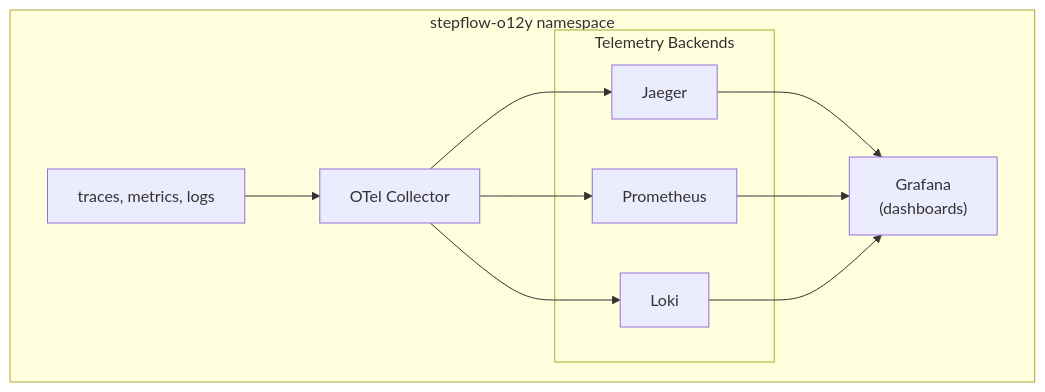
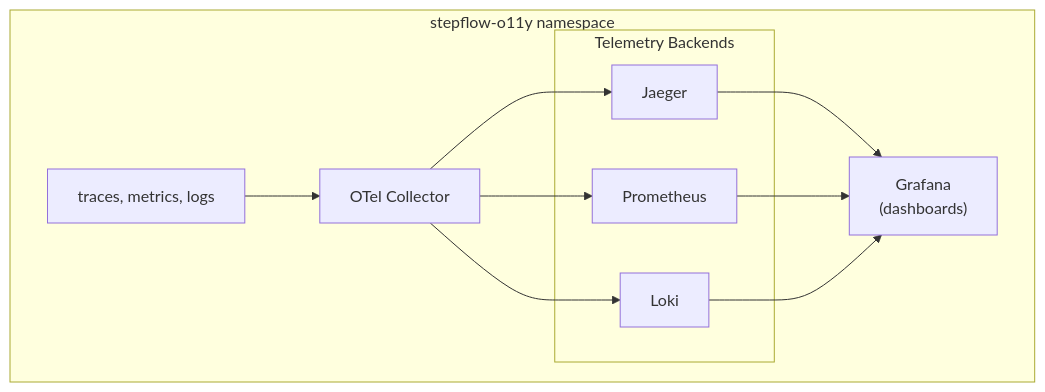
The third of 3 diagrams in docs/blog/2026-02-langflow-k8s-production.md (stepflow-ai/stepflow), drawn with Mermaid before and after one commit. The commit also changed other lines of this file and 32 other files, not shown here.

````diff
--- a/docs/blog/2026-02-langflow-k8s-production.md
+++ b/docs/blog/2026-02-langflow-k8s-production.md
@@ -411,18 +411,18 @@
 ```mermaid
 flowchart TB
-    subgraph o12y["stepflow-o12y namespace"]
+    subgraph o11y["stepflow-o11y namespace"]
         OT["OTel Collector"] 
         
         subgraph backends["Telemetry Backends"]
             J["Jaeger"]
             P["Prometheus"]
             L["Loki"]
         end
         
         G["Grafana<br/>(dashboards)"]
         
         traces["traces, metrics, logs"] --> OT
         OT --> J & P & L
         J & P & L --> G
     end
 ```
````
